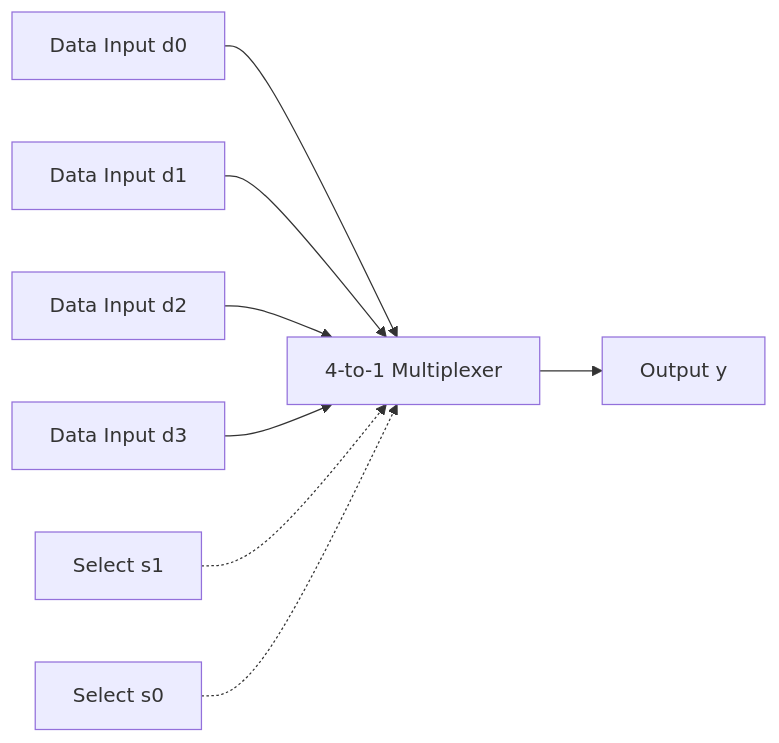
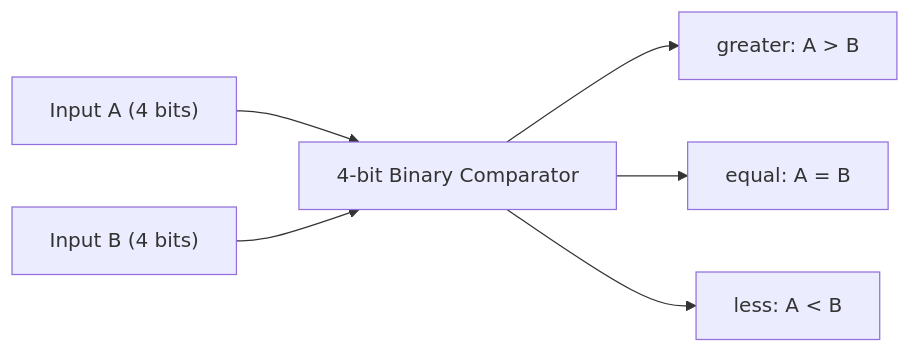
Before and after one commit to abdulazizalmodawi/Verilog-4-to-1-Multiplexer: the diagram in README.md, drawn with Mermaid. The commit also changed other lines of this file, not shown here.

First line of the commit message:
Revise README for 4-bit binary comparator project

```diff
--- a/README.md
+++ b/README.md
@@ -34,13 +37,9 @@
 ~~~mermaid
 flowchart LR
-    D0["Data Input d0"] --> MUX
-    D1["Data Input d1"] --> MUX
-    D2["Data Input d2"] --> MUX
-    D3["Data Input d3"] --> MUX
+    A["Input A (4 bits)"] --> COMP["4-bit Binary Comparator"]
+    B["Input B (4 bits)"] --> COMP
 
-    S1["Select s1"] -.-> MUX
-    S0["Select s0"] -.-> MUX
-
-    MUX["4-to-1 Multiplexer"]
-    MUX --> Y["Output y"]
+    COMP --> GT["greater: A > B"]
+    COMP --> EQ["equal: A = B"]
+    COMP --> LT["less: A < B"]
 ~~~
```
